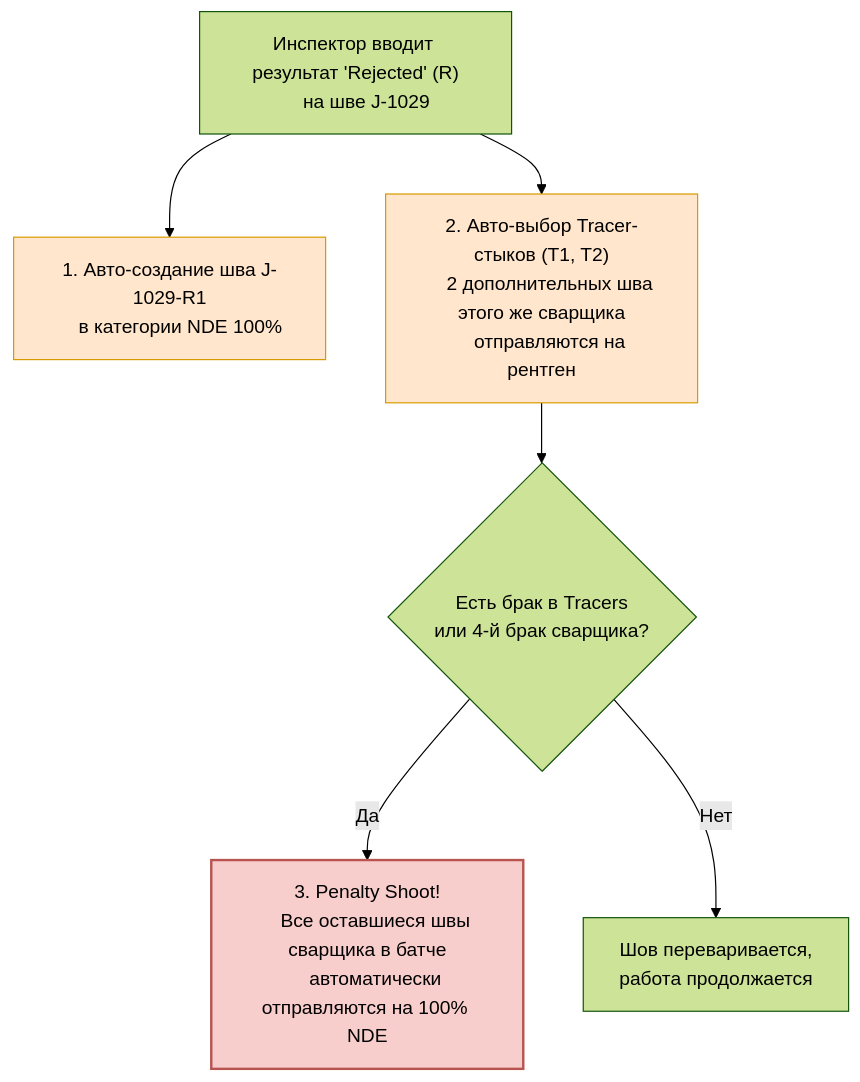
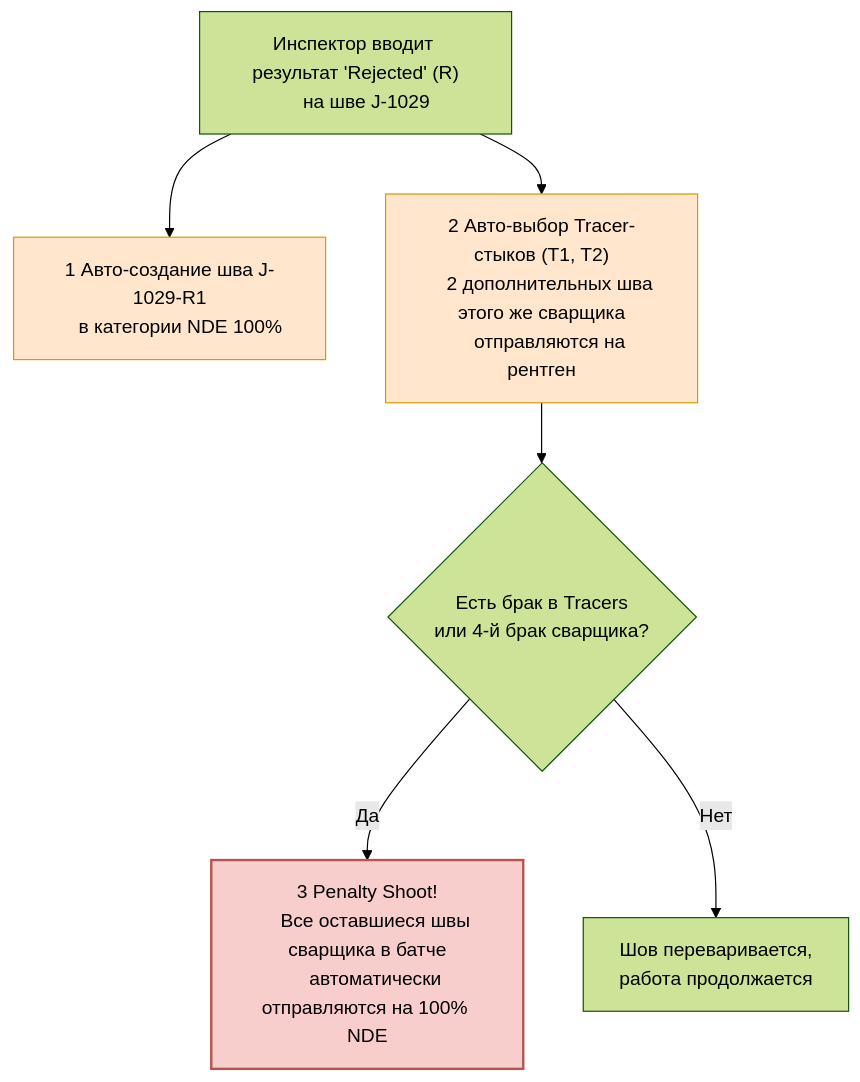
Before and after one commit to vvnezapnopwnz1/piping: the fourth of 6 diagrams in docs/presentations/01-pipeqc-v2.md, drawn with Mermaid (forest theme). The commit also changed 13 other files, not shown here.

````diff
--- a/docs/presentations/01-pipeqc-v2.md
+++ b/docs/presentations/01-pipeqc-v2.md
@@ -282,24 +282,24 @@
 ```mermaid
 flowchart TD
     Reject["Инспектор вводит результат 'Rejected' (R)
-    на шве J-1029"] --> AutoR1["1. Авто-создание шва J-1029-R1
+    на шве J-1029"] --> AutoR1["1 Авто-создание шва J-1029-R1
     в категории NDE 100%"]
 
-    Reject --> AutoTracers["2. Авто-выбор Tracer-стыков (T1, T2)
+    Reject --> AutoTracers["2 Авто-выбор Tracer-стыков (T1, T2)
     2 дополнительных шва этого же сварщика
     отправляются на рентген"]
 
     AutoTracers --> TracerCheck{"Есть брак в Tracers
     или 4-й брак сварщика?"}
 
-    TracerCheck -->|Да| Penalty["3. Penalty Shoot!
+    TracerCheck -->|Да| Penalty["3 Penalty Shoot!
     Все оставшиеся швы сварщика в батче
     автоматически отправляются на 100% NDE"]
 
     TracerCheck -->|Нет| Normal["Шов переваривается,
     работа продолжается"]
 
     style AutoR1 fill:#ffe6cc,stroke:#d79b00
     style AutoTracers fill:#ffe6cc,stroke:#d79b00
     style Penalty fill:#f8cecc,stroke:#b85450,stroke-width:2px
 ```
````
